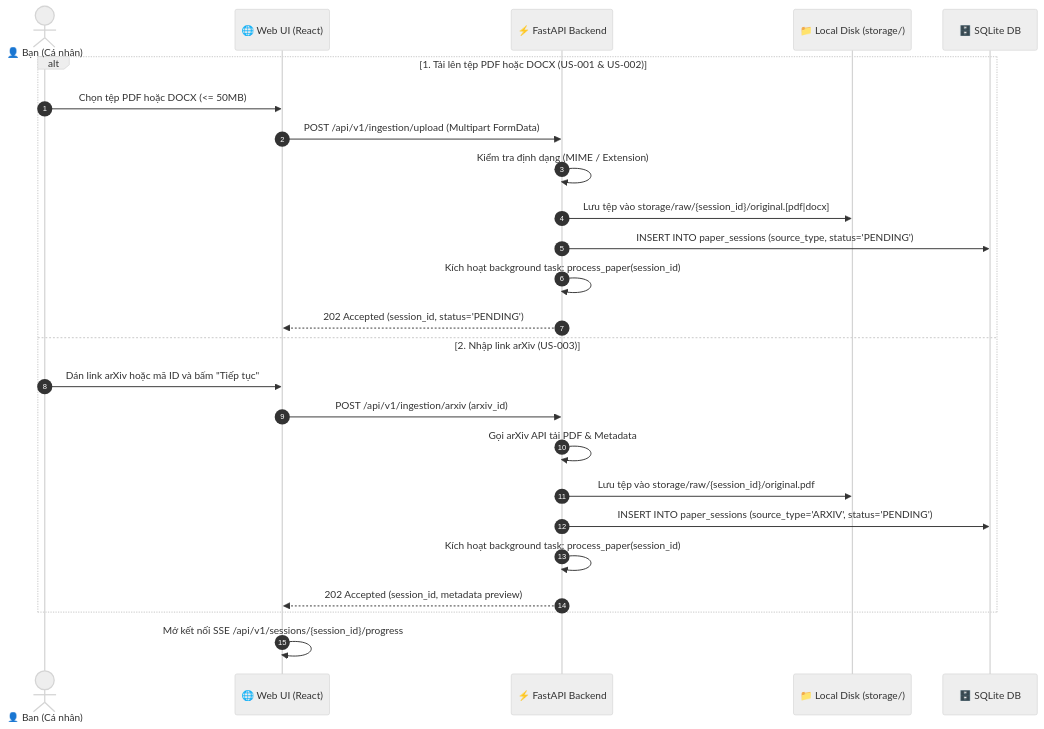
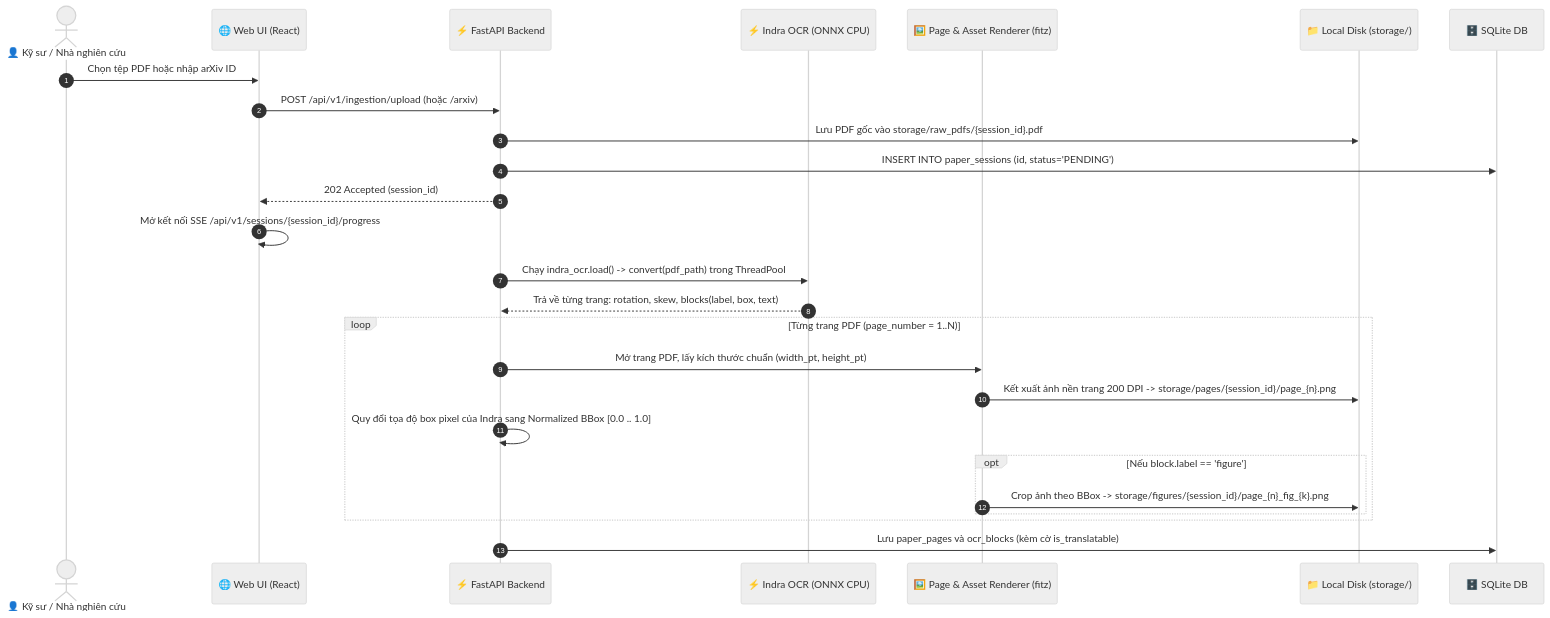
Before and after one commit to phamvantienkiz/paper-translation: the first of 3 diagrams in docs/implementation/release-1/technical-design.md, drawn with Mermaid (neutral theme). The commit also changed other lines of this file and 23 other files, not shown here.

````diff
--- a/docs/implementation/release-1/technical-design.md
+++ b/docs/implementation/release-1/technical-design.md
@@ -25,28 +25,32 @@
 ```mermaid
 sequenceDiagram
     autonumber
-    actor User as 👤 Bạn (Cá nhân)
+    actor User as 👤 Kỹ sư / Nhà nghiên cứu
     participant Browser as 🌐 Web UI (React)
     participant API as ⚡ FastAPI Backend
+    participant Indra as ⚡ Indra OCR (ONNX CPU)
+    participant PyMuPDF as 🖼️ Page & Asset Renderer (fitz)
     participant Storage as 📁 Local Disk (storage/)
     participant DB as 🗄️ SQLite DB
 
-    alt 1. Tải lên tệp PDF hoặc DOCX (US-001 & US-002)
-        User->>Browser: Chọn tệp PDF hoặc DOCX (<= 50MB)
-        Browser->>API: POST /api/v1/ingestion/upload (Multipart FormData)
-        API->>API: Kiểm tra định dạng (MIME / Extension)
-        API->>Storage: Lưu tệp vào storage/raw/{session_id}/original.[pdf|docx]
-        API->>DB: INSERT INTO paper_sessions (source_type, status='PENDING')
-        API->>API: Kích hoạt background task: process_paper(session_id)
-        API-->>Browser: 202 Accepted (session_id, status='PENDING')
-    else 2. Nhập link arXiv (US-003)
-        User->>Browser: Dán link arXiv hoặc mã ID và bấm "Tiếp tục"
-        Browser->>API: POST /api/v1/ingestion/arxiv (arxiv_id)
-        API->>API: Gọi arXiv API tải PDF & Metadata
-        API->>Storage: Lưu tệp vào storage/raw/{session_id}/original.pdf
-        API->>DB: INSERT INTO paper_sessions (source_type='ARXIV', status='PENDING')
-        API->>API: Kích hoạt background task: process_paper(session_id)
-        API-->>Browser: 202 Accepted (session_id, metadata preview)
+    User->>Browser: Chọn tệp PDF hoặc nhập arXiv ID
+    Browser->>API: POST /api/v1/ingestion/upload (hoặc /arxiv)
+    API->>Storage: Lưu PDF gốc vào storage/raw_pdfs/{session_id}.pdf
+    API->>DB: INSERT INTO paper_sessions (id, status='PENDING')
+    API-->>Browser: 202 Accepted (session_id)
+    Browser->>Browser: Mở kết nối SSE /api/v1/sessions/{session_id}/progress
+
+    API->>Indra: Chạy indra_ocr.load() -> convert(pdf_path) trong ThreadPool
+    Indra-->>API: Trả về từng trang: rotation, skew, blocks(label, box, text)
+
+    loop Từng trang PDF (page_number = 1..N)
+        API->>PyMuPDF: Mở trang PDF, lấy kích thước chuẩn (width_pt, height_pt)
+        PyMuPDF->>Storage: Kết xuất ảnh nền trang 200 DPI -> storage/pages/{session_id}/page_{n}.png
+        API->>API: Quy đổi tọa độ box pixel của Indra sang Normalized BBox [0.0 .. 1.0]
+        opt Nếu block.label == 'figure'
+            PyMuPDF->>Storage: Crop ảnh theo BBox -> storage/figures/{session_id}/page_{n}_fig_{k}.png
+        end
     end
-    Browser->>Browser: Mở kết nối SSE /api/v1/sessions/{session_id}/progress
+
+    API->>DB: Lưu paper_pages và ocr_blocks (kèm cờ is_translatable)
 ```
````
